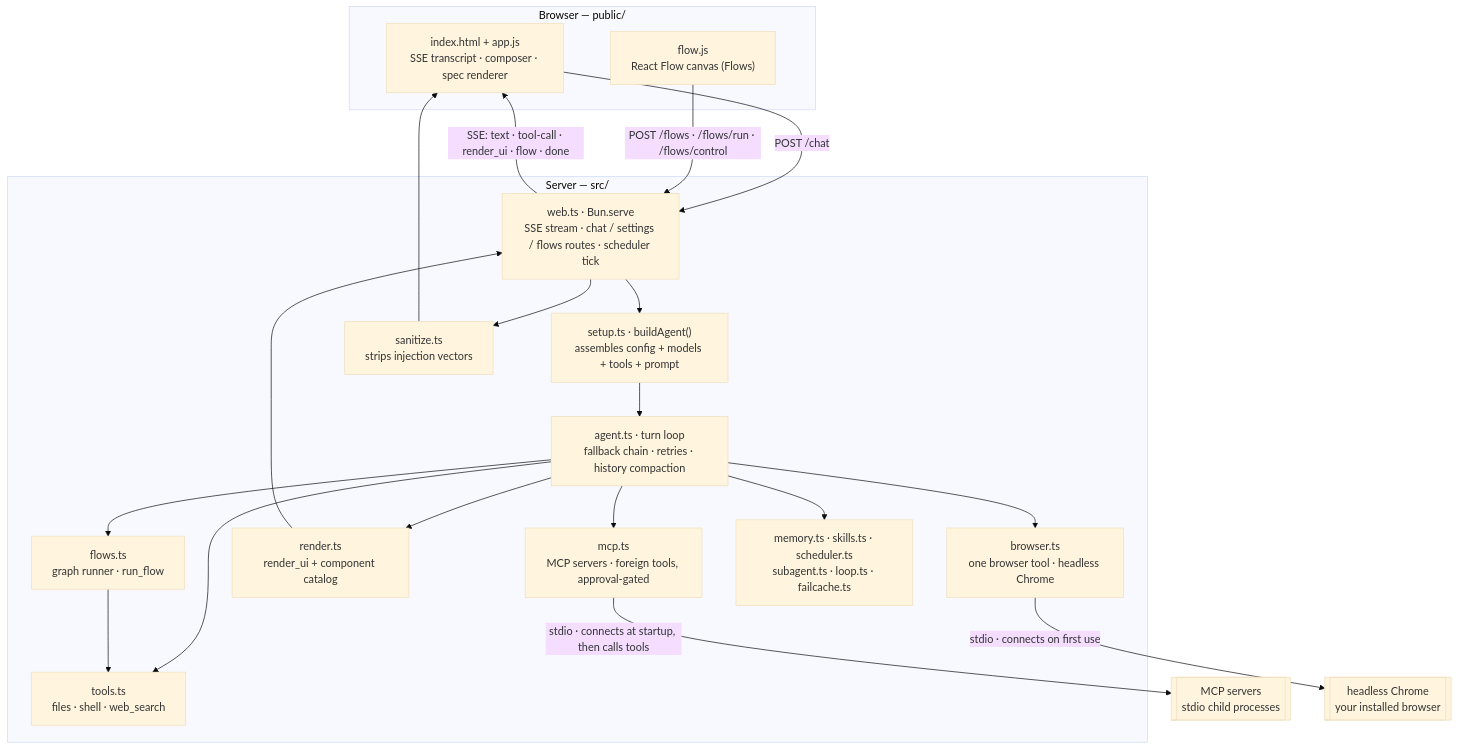
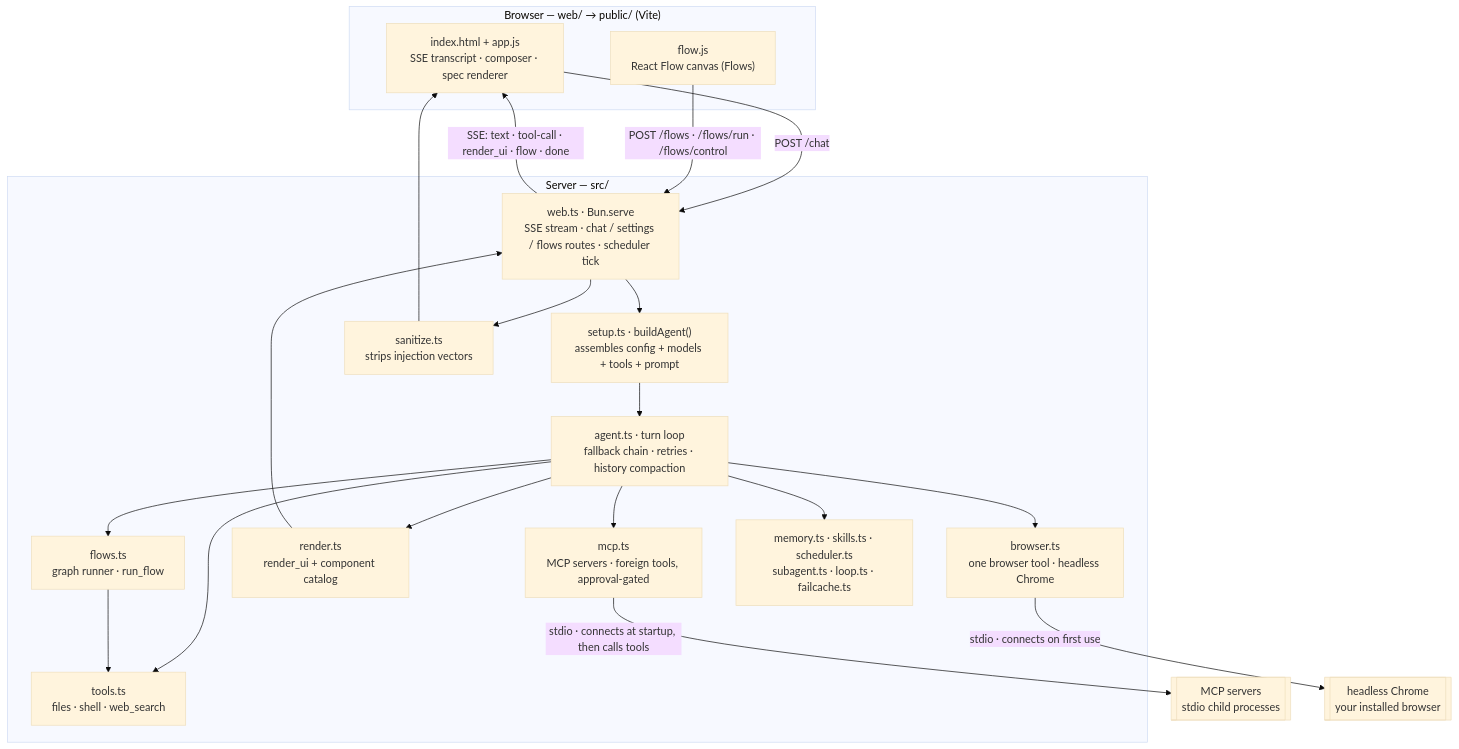
The first of 5 diagrams in README.md (Adhishtanaka/adhd), drawn with Mermaid (base theme) before and after one commit. The commit also changed other lines of this file and 7 other files, not shown here.

Commit message:
feat: update README for frontend structure and clarify flow step permissions

````diff
--- a/README.md
+++ b/README.md
@@ -74,41 +75,41 @@
 ```mermaid
 flowchart TB
-  subgraph client["Browser — public/"]
+  subgraph client["Browser — web/ → public/ (Vite)"]
     ui["index.html + app.js<br/>SSE transcript · composer · spec renderer"]
     flow["flow.js<br/>React Flow canvas (Flows)"]
   end
 
   subgraph server["Server — src/"]
     web["web.ts · Bun.serve<br/>SSE stream · chat / settings / flows routes · scheduler tick"]
     setup["setup.ts · buildAgent()<br/>assembles config + models + tools + prompt"]
     agent["agent.ts · turn loop<br/>fallback chain · retries · history compaction"]
     tools["tools.ts<br/>files · shell · web_search"]
     browser["browser.ts<br/>one browser tool · headless Chrome"]
     flows["flows.ts<br/>graph runner · run_flow"]
     render["render.ts<br/>render_ui + component catalog"]
     mcp["mcp.ts<br/>MCP servers · foreign tools, approval-gated"]
     extra["memory.ts · skills.ts · scheduler.ts<br/>subagent.ts · loop.ts · failcache.ts"]
     san["sanitize.ts<br/>strips injection vectors"]
   end
 
   srv[["MCP servers<br/>stdio child processes"]]
   chrome[["headless Chrome<br/>your installed browser"]]
 
   ui -- "POST /chat" --> web
   flow -- "POST /flows · /flows/run · /flows/control" --> web
   web -- "SSE: text · tool-call · render_ui · flow · done" --> ui
   web --> setup
   setup --> agent
   mcp -- "stdio · connects at startup, then calls tools" --> srv
   agent --> tools
   agent --> browser
   browser -- "stdio · connects on first use" --> chrome
   agent --> mcp
   agent --> extra
   agent --> render
   agent --> flows
   flows --> tools
   render --> web
   web --> san
   san --> ui
 ```
````
